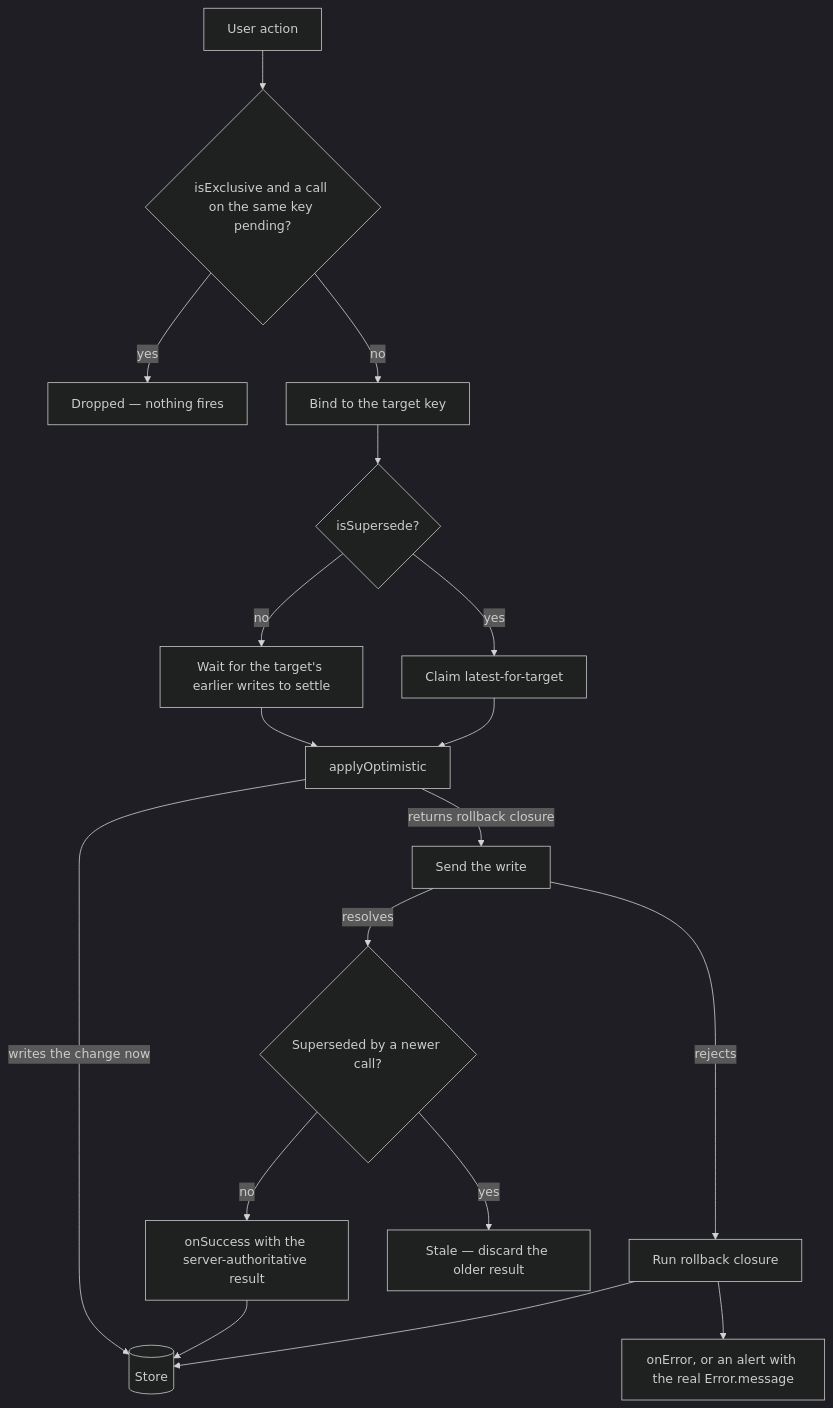
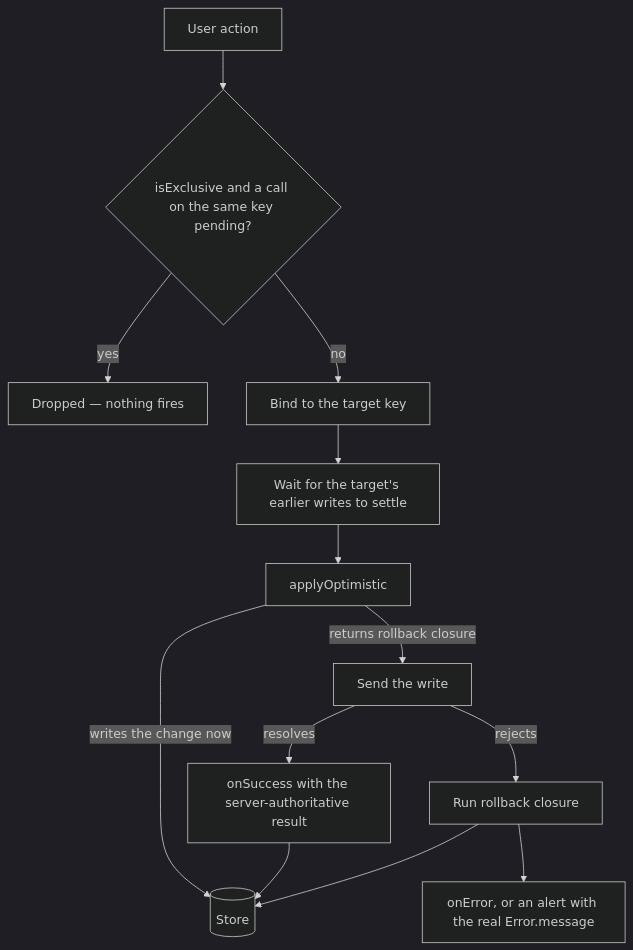
One commit to Esposter/Esposter changed the second of 2 diagrams in openspec/specs/architecture/async-operations/design.md. Above: the diagram before and after it, drawn with Mermaid (dark theme). The commit also changed other lines of this file and 5 other files, not shown here.

First line of the commit message:
docs(async-operations): the supersede opt-ins, Stale and checkIsStale leave the spec, and the skills stop citing them

````diff
--- a/openspec/specs/architecture/async-operations/design.md
+++ b/openspec/specs/architecture/async-operations/design.md
@@ -137,20 +134,15 @@
 ```mermaid
 flowchart TD
   Action[User action] --> Exclusive{isExclusive and a call on the same key pending?}
   Exclusive -->|yes| Dropped[Dropped — nothing fires]
   Exclusive -->|no| Bind[Bind to the target key]
-  Bind --> Mode{isSupersede?}
-  Mode -->|no| Queue[Wait for the target's earlier writes to settle]
-  Mode -->|yes| Latest[Claim latest-for-target]
+  Bind --> Queue[Wait for the target's earlier writes to settle]
   Queue --> Apply[applyOptimistic]
-  Latest --> Apply
   Apply -->|writes the change now| Store[(Store)]
   Apply -->|returns rollback closure| Send[Send the write]
-  Send -->|resolves| Superseded{Superseded by a newer call?}
+  Send -->|resolves| Success[onSuccess with the server-authoritative result]
   Send -->|rejects| Rollback[Run rollback closure]
-  Superseded -->|no| Success[onSuccess with the server-authoritative result]
-  Superseded -->|yes| Stale[Stale — discard the older result]
   Success --> Store
   Rollback --> Store
   Rollback --> Report[onError, or an alert with the real Error.message]
 ```
````
